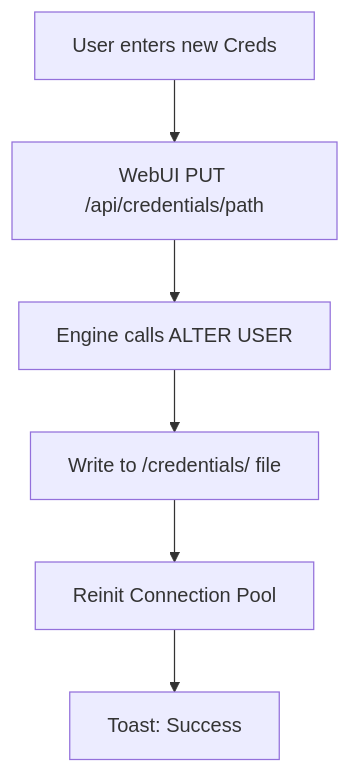
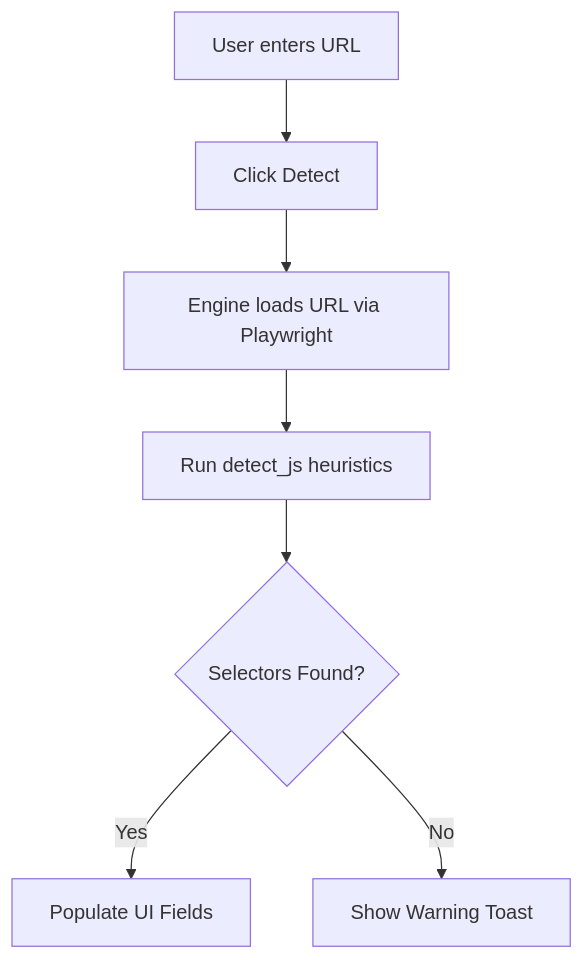
The second of 2 diagrams in .cubic/wiki/05-section-frontend/03-frontend-config.md (Avkroken/Produkter), drawn with Mermaid before and after one commit. The commit also changed other lines of this file and 46 other files, not shown here.

````diff
--- a/.cubic/wiki/05-section-frontend/03-frontend-config.md
+++ b/.cubic/wiki/05-section-frontend/03-frontend-config.md
@@ -94,8 +71,9 @@
 ```mermaid
 flowchart TD
-    A[User enters new Creds] --> B[WebUI PUT /api/credentials/path]
-    B --> C[Engine calls ALTER USER]
-    C --> D[Write to /credentials/ file]
-    D --> E[Reinit Connection Pool]
-    E --> F[Toast: Success]
+    A[User enters URL] --> B[Click Detect]
+    B --> C[Engine loads URL via Playwright]
+    C --> D[Run detect_js heuristics]
+    D --> E{Selectors Found?}
+    E -- Yes --> F[Populate UI Fields]
+    E -- No --> G[Show Warning Toast]
 ```
````
